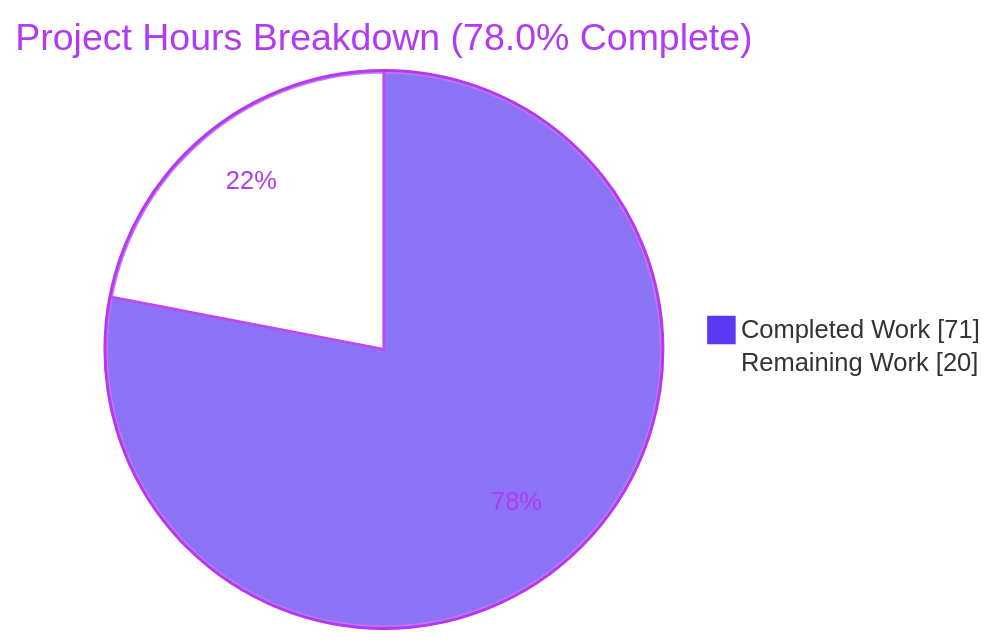
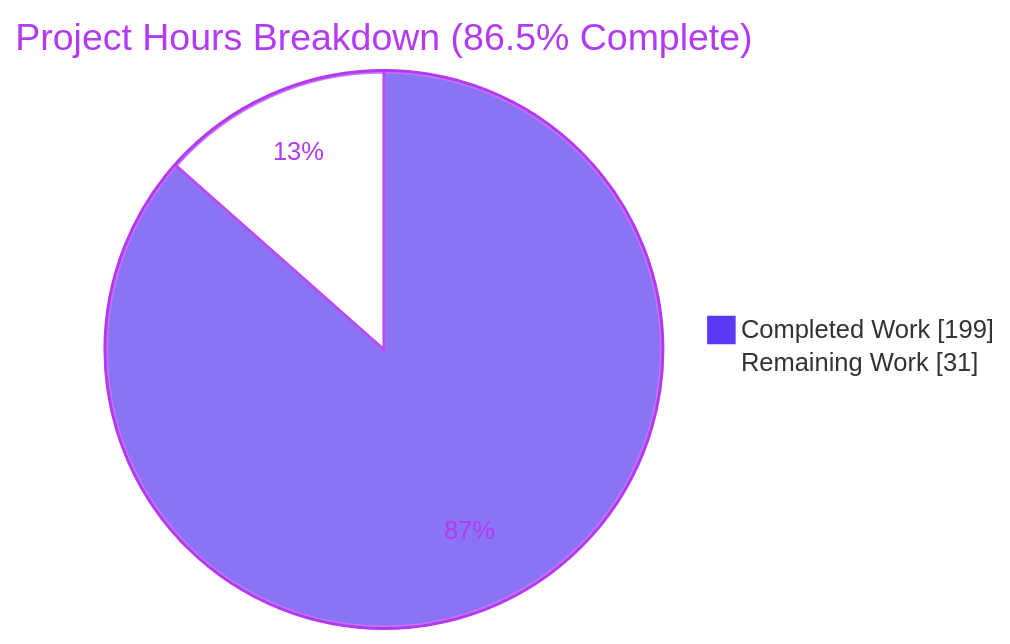
One commit to blitzy-public-samples/openbravo-erp changed the second of 3 diagrams in blitzy/documentation/Project Guide - e5d40ea1-c3ed-4994-87eb-e962dec9dc66.md. Above: the diagram before and after it, drawn with Mermaid. The commit also changed other lines of this file, not shown here.

Commit message:
Adding Blitzy Project Guide: Project Status and Human Tasks Remaining

````diff
--- a/blitzy/documentation/Project Guide - e5d40ea1-c3ed-4994-87eb-e962dec9dc66.md
+++ b/blitzy/documentation/Project Guide - e5d40ea1-c3ed-4994-87eb-e962dec9dc66.md
@@ -218,6 +247,6 @@
 ```mermaid
 %%{init: {"theme": "base", "themeVariables": {"pie1": "#5B39F3", "pie2": "#FFFFFF", "pieStrokeColor": "#B23AF2", "pieOuterStrokeColor": "#B23AF2", "pieStrokeWidth": "2px", "pieTitleTextColor": "#B23AF2", "pieSectionTextColor": "#B23AF2", "pieLegendTextColor": "#333333"}}}%%
-pie showData title Project Hours Breakdown (78.0% Complete)
-    "Completed Work" : 71
-    "Remaining Work" : 20
+pie showData title Project Hours Breakdown (86.5% Complete)
+    "Completed Work" : 199
+    "Remaining Work" : 31
 ```
````
